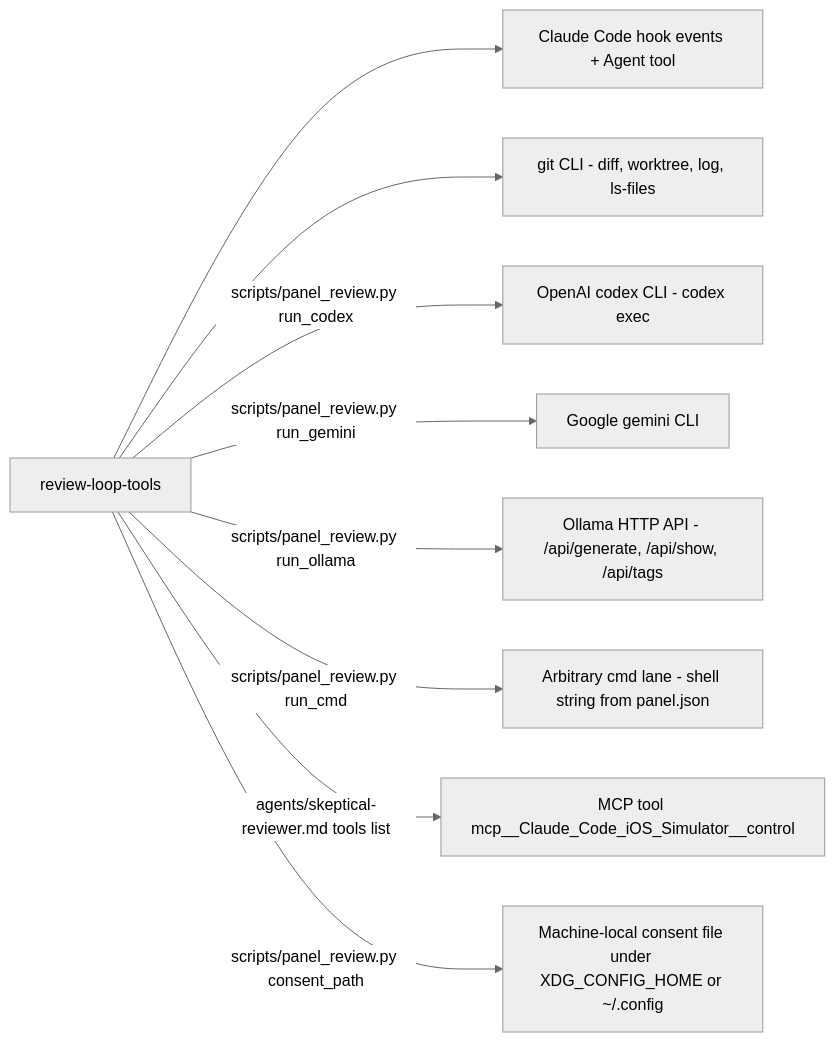
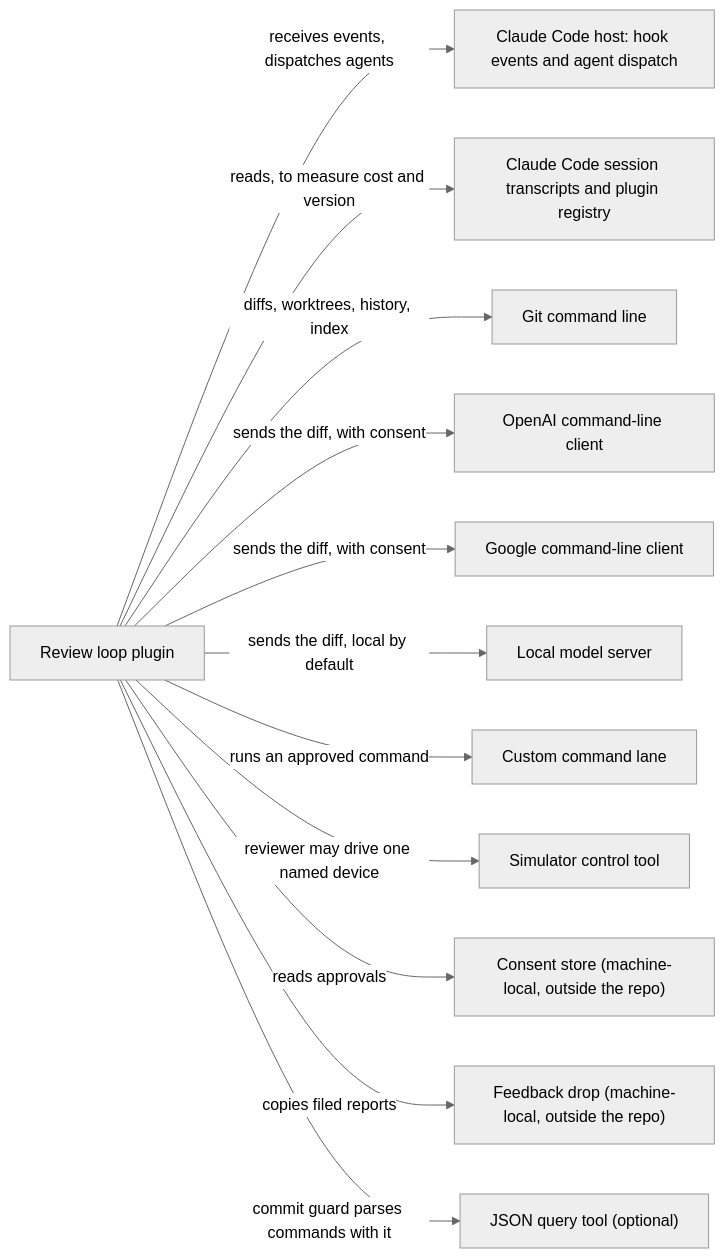
The second of 30 diagrams in docs/architecture/review-loop-tools.md (peterlit/quiller-claude-plugins), drawn with Mermaid (neutral theme) before and after one commit. The commit also changed other lines of this file and 5 other files, not shown here.

````diff
--- a/docs/architecture/review-loop-tools.md
+++ b/docs/architecture/review-loop-tools.md
@@ -94,20 +119,26 @@
 ```mermaid
 flowchart LR
-    PLUG["review-loop-tools"]
-    CC["Claude Code hook events + Agent tool"]
-    GITX["git CLI - diff, worktree, log, ls-files"]
-    CODEX["OpenAI codex CLI - codex exec"]
-    GEM["Google gemini CLI"]
-    OLL["Ollama HTTP API - /api/generate, /api/show, /api/tags"]
-    CMD["Arbitrary cmd lane - shell string from panel.json"]
-    SIM["MCP tool mcp__Claude_Code_iOS_Simulator__control"]
-    CONS["Machine-local consent file under XDG_CONFIG_HOME or ~/.config"]
-    PLUG --> CC
-    PLUG --> GITX
-    PLUG -->|"scripts/panel_review.py run_codex"| CODEX
-    PLUG -->|"scripts/panel_review.py run_gemini"| GEM
-    PLUG -->|"scripts/panel_review.py run_ollama"| OLL
-    PLUG -->|"scripts/panel_review.py run_cmd"| CMD
-    PLUG -->|"agents/skeptical-reviewer.md tools list"| SIM
-    PLUG -->|"scripts/panel_review.py consent_path"| CONS
+    PLUG["Review loop plugin"]
+    CC["Claude Code host: hook events and agent dispatch"]
+    TR["Claude Code session transcripts and plugin registry"]
+    GITX["Git command line"]
+    OAI["OpenAI command-line client"]
+    GEM["Google command-line client"]
+    OLL["Local model server"]
+    CMD["Custom command lane"]
+    SIM["Simulator control tool"]
+    CONS["Consent store (machine-local, outside the repo)"]
+    DROP["Feedback drop (machine-local, outside the repo)"]
+    JQ["JSON query tool (optional)"]
+    PLUG -->|"receives events, dispatches agents"| CC
+    PLUG -->|"reads, to measure cost and version"| TR
+    PLUG -->|"diffs, worktrees, history, index"| GITX
+    PLUG -->|"sends the diff, with consent"| OAI
+    PLUG -->|"sends the diff, with consent"| GEM
+    PLUG -->|"sends the diff, local by default"| OLL
+    PLUG -->|"runs an approved command"| CMD
+    PLUG -->|"reviewer may drive one named device"| SIM
+    PLUG -->|"reads approvals"| CONS
+    PLUG -->|"copies filed reports"| DROP
+    PLUG -->|"commit guard parses commands with it"| JQ
 ```
````
